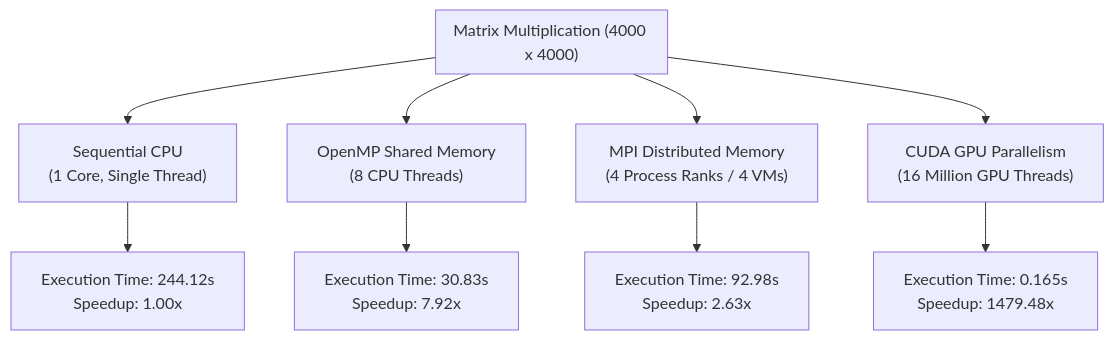
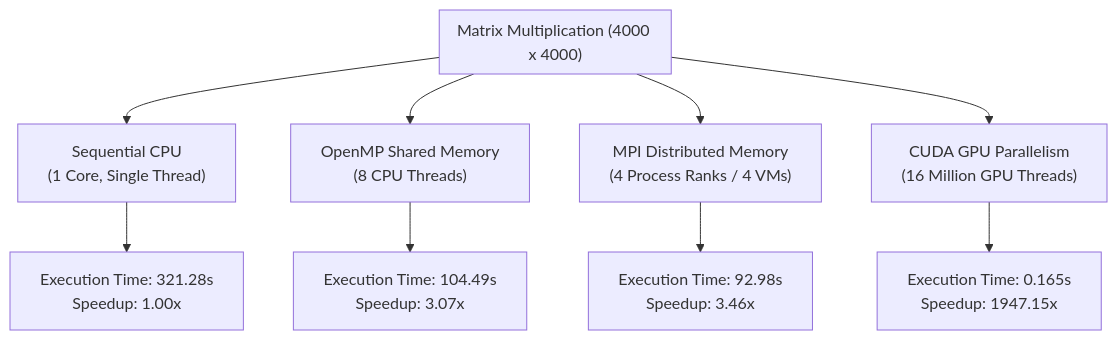
The second of 2 diagrams in README.md (manasa-vasare/PGC-lab1), drawn with Mermaid before and after one commit. The commit also changed other lines of this file and 4 other files, not shown here.

Commit message:
Update charts and documentation with new benchmark results

````diff
--- a/README.md
+++ b/README.md
@@ -67,15 +67,15 @@
 ```mermaid
 flowchart TD
     subgraph Workload ["Matrix Multiplication (4000 x 4000)"]
     end
 
     Workload --> Seq["Sequential CPU<br/>(1 Core, Single Thread)"]
     Workload --> OMP["OpenMP Shared Memory<br/>(8 CPU Threads)"]
     Workload --> MPI["MPI Distributed Memory<br/>(4 Process Ranks / 4 VMs)"]
     Workload --> CUDA["CUDA GPU Parallelism<br/>(16 Million GPU Threads)"]
 
-    Seq --> Res1["Execution Time: 244.12s<br/>Speedup: 1.00x"]
-    OMP --> Res2["Execution Time: 30.83s<br/>Speedup: 7.92x"]
-    MPI --> Res3["Execution Time: 92.98s<br/>Speedup: 2.63x"]
-    CUDA --> Res4["Execution Time: 0.165s<br/>Speedup: 1479.48x"]
+    Seq --> Res1["Execution Time: 321.28s<br/>Speedup: 1.00x"]
+    OMP --> Res2["Execution Time: 104.49s<br/>Speedup: 3.07x"]
+    MPI --> Res3["Execution Time: 92.98s<br/>Speedup: 3.46x"]
+    CUDA --> Res4["Execution Time: 0.165s<br/>Speedup: 1947.15x"]
 ```
````
